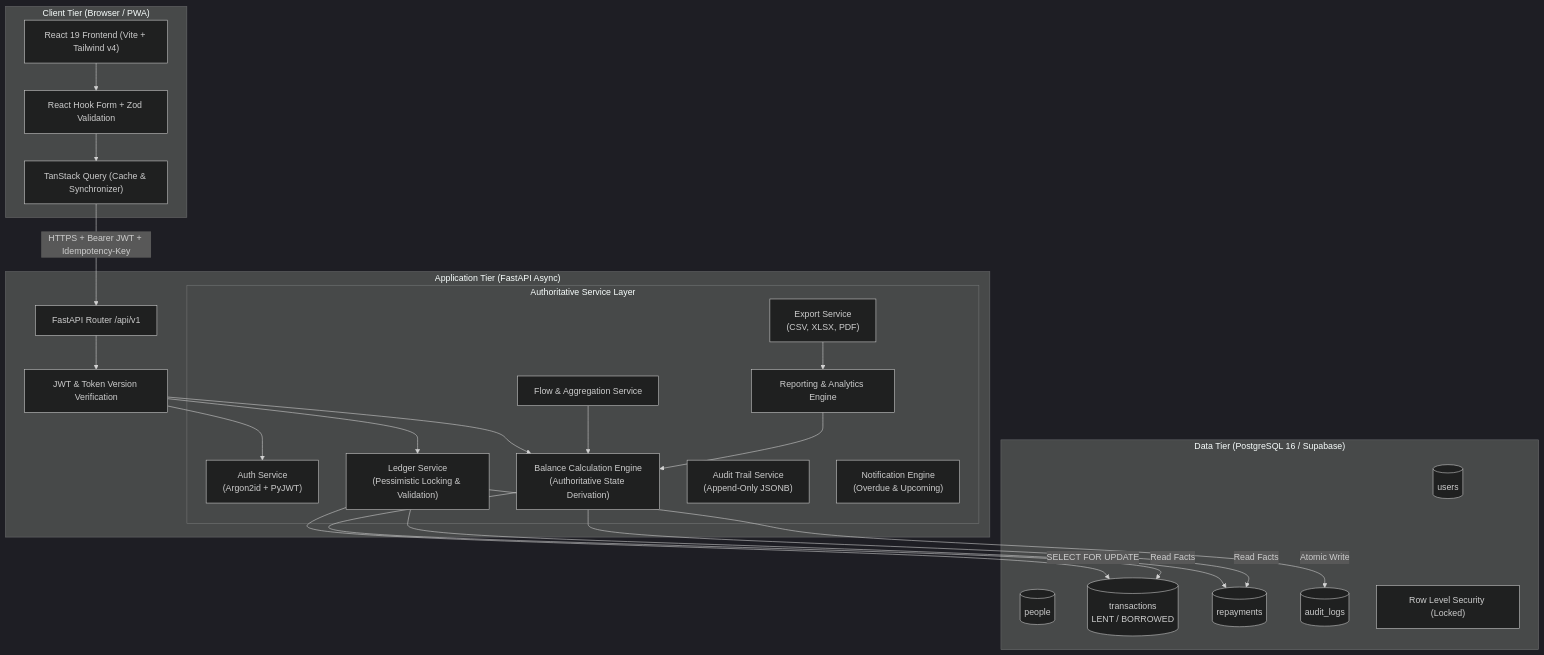
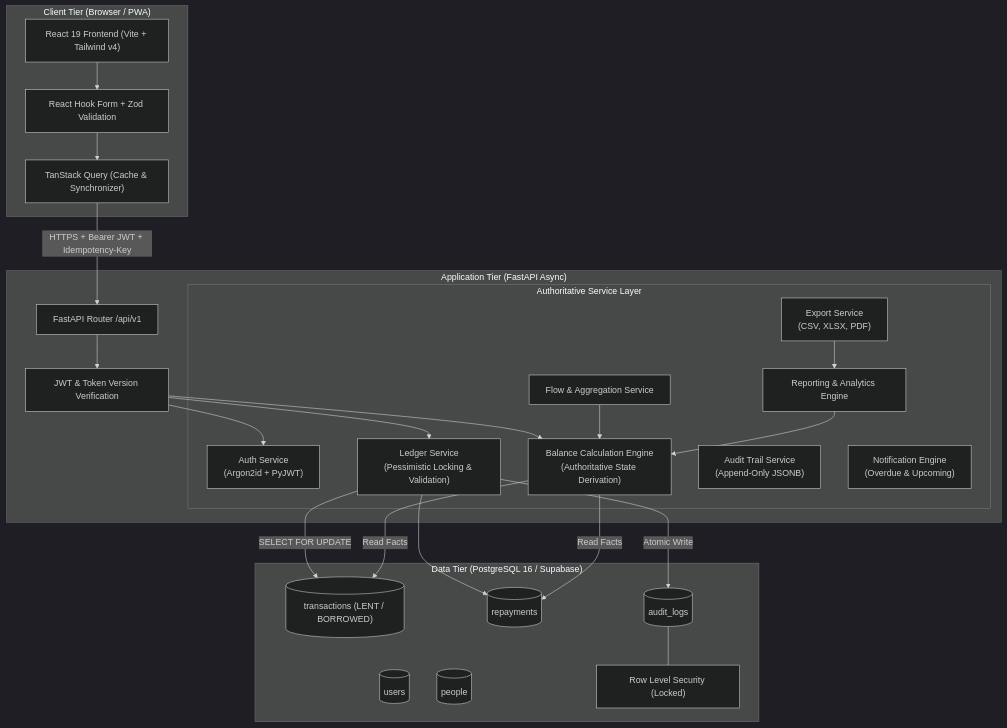
The first of 4 diagrams in README.md (mhttarunno/Howlat), drawn with Mermaid (dark theme) before and after one commit. The commit also changed other lines of this file, not shown here.

````diff
--- a/README.md
+++ b/README.md
@@ -230,52 +230,52 @@
 ```mermaid
 flowchart TD
   subgraph Client ["Client Tier (Browser / PWA)"]
     UI["React 19 Frontend (Vite + Tailwind v4)"]
     RQ["TanStack Query (Cache & Synchronizer)"]
     RHF["React Hook Form + Zod Validation"]
     UI --> RHF
     RHF --> RQ
   end
 
   subgraph API ["Application Tier (FastAPI Async)"]
     GW["FastAPI Router /api/v1"]
     AUTH_MW["JWT & Token Version Verification"]
     
     subgraph Services ["Authoritative Service Layer"]
       AUTH_S["Auth Service\n(Argon2id + PyJWT)"]
       LEDGER_S["Ledger Service\n(Pessimistic Locking & Validation)"]
       BAL_S["Balance Calculation Engine\n(Authoritative State Derivation)"]
       FLOW_S["Flow & Aggregation Service"]
       REP_S["Reporting & Analytics Engine"]
       EXP_S["Export Service\n(CSV, XLSX, PDF)"]
       AUD_S["Audit Trail Service\n(Append-Only JSONB)"]
       NOTIF_S["Notification Engine\n(Overdue & Upcoming)"]
     end
   end
 
   subgraph Database ["Data Tier (PostgreSQL 16 / Supabase)"]
-    USERS[(users)]
-    PEOPLE[(people)]
-    TX[(transactions\nLENT / BORROWED)]
-    REPAY[(repayments)]
-    AUDIT[(audit_logs)]
+    USERS[("users")]
+    PEOPLE[("people")]
+    TX[("transactions (LENT / BORROWED)")]
+    REPAY[("repayments")]
+    AUDIT[("audit_logs")]
     RLS["Row Level Security (Locked)"]
   end
 
   RQ -- "HTTPS + Bearer JWT + Idempotency-Key" --> GW
   GW --> AUTH_MW
   AUTH_MW --> AUTH_S
   AUTH_MW --> LEDGER_S
   AUTH_MW --> BAL_S
 
   LEDGER_S -- "SELECT FOR UPDATE" --> TX
   LEDGER_S --> REPAY
   LEDGER_S -- "Atomic Write" --> AUDIT
   BAL_S -- "Read Facts" --> TX
   BAL_S -- "Read Facts" --> REPAY
   FLOW_S --> BAL_S
   REP_S --> BAL_S
   EXP_S --> REP_S
 
-  Database --- RLS
+  AUDIT --- RLS
 ```
````
